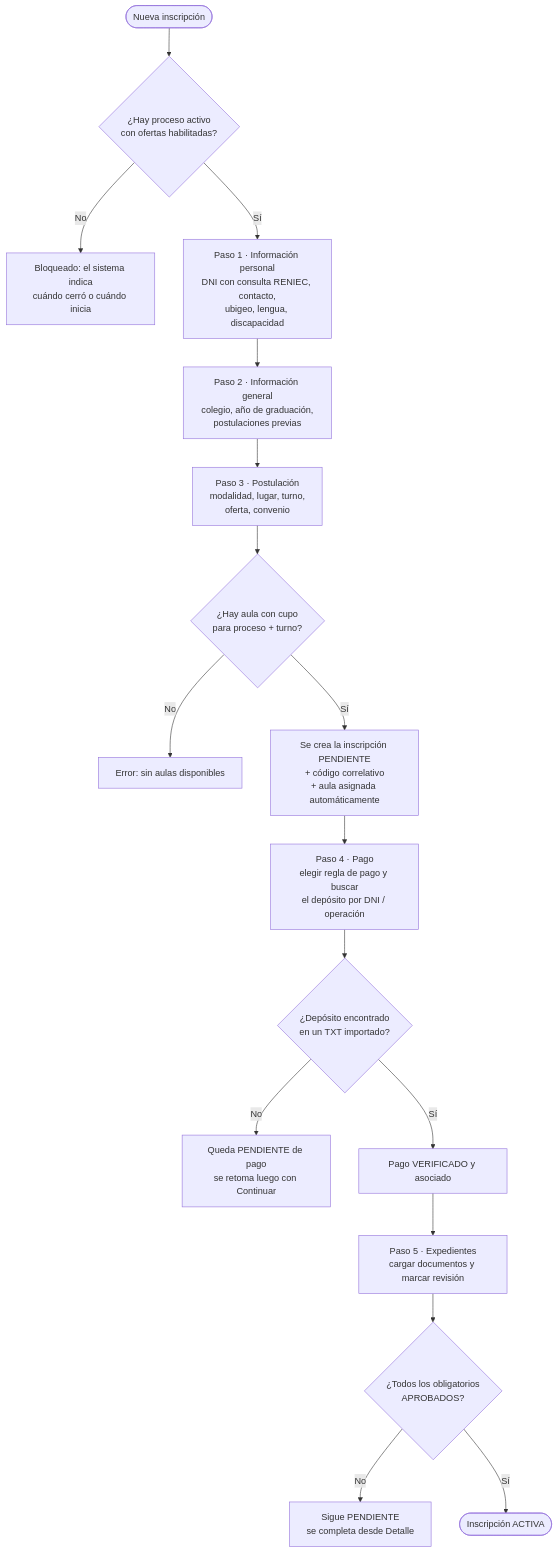
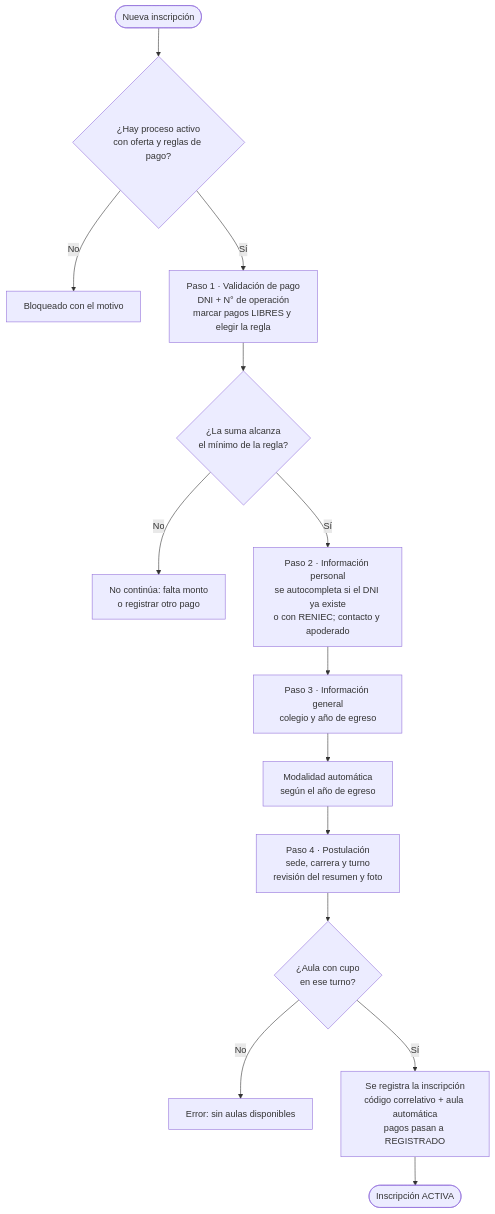
The fifth of 11 diagrams in FLUJO_PROCESOS_CEPRE.md (soujamt/cepre-unu), drawn with Mermaid before and after one commit. The commit also changed other lines of this file, not shown here.

First line of the commit message:
docs: actualizar el flujo de procesos al sistema actual

````diff
--- a/FLUJO_PROCESOS_CEPRE.md
+++ b/FLUJO_PROCESOS_CEPRE.md
@@ -159,22 +195,19 @@
 ```mermaid
 flowchart TD
-    START([Nueva inscripción]) --> P0{"¿Hay proceso activo<br/>con ofertas habilitadas?"}
-    P0 -- No --> X0["Bloqueado: el sistema indica<br/>cuándo cerró o cuándo inicia"]
+    START([Nueva inscripción]) --> P0{"¿Hay proceso activo<br/>con oferta y reglas de pago?"}
+    P0 -- No --> X0["Bloqueado con el motivo"]
     P0 -- Sí --> P1
 
-    P1["Paso 1 · Información personal<br/>DNI con consulta RENIEC, contacto,<br/>ubigeo, lengua, discapacidad"] --> P2
-    P2["Paso 2 · Información general<br/>colegio, año de graduación,<br/>postulaciones previas"] --> P3
-    P3["Paso 3 · Postulación<br/>modalidad, lugar, turno,<br/>oferta, convenio"] --> V3{"¿Hay aula con cupo<br/>para proceso + turno?"}
-    V3 -- No --> X3[Error: sin aulas disponibles]
-    V3 -- Sí --> S3["Se crea la inscripción PENDIENTE<br/>+ código correlativo<br/>+ aula asignada automáticamente"]
-    S3 --> P4
+    P1["Paso 1 · Validación de pago<br/>DNI + N° de operación<br/>marcar pagos LIBRES y elegir la regla"] --> V1{"¿La suma alcanza<br/>el mínimo de la regla?"}
+    V1 -- No --> X1["No continúa: falta monto<br/>o registrar otro pago"]
+    V1 -- Sí --> P2
 
-    P4["Paso 4 · Pago<br/>elegir regla de pago y buscar<br/>el depósito por DNI / operación"] --> V4{"¿Depósito encontrado<br/>en un TXT importado?"}
-    V4 -- No --> W4["Queda PENDIENTE de pago<br/>se retoma luego con Continuar"]
-    V4 -- Sí --> S4[Pago VERIFICADO y asociado]
-    S4 --> P5
+    P2["Paso 2 · Información personal<br/>se autocompleta si el DNI ya existe<br/>o con RENIEC; contacto y apoderado"] --> P3
+    P3["Paso 3 · Información general<br/>colegio y año de egreso"] --> M3["Modalidad automática<br/>según el año de egreso"]
+    M3 --> P4
 
-    P5["Paso 5 · Expedientes<br/>cargar documentos y marcar revisión"] --> V5{"¿Todos los obligatorios<br/>APROBADOS?"}
-    V5 -- No --> W5["Sigue PENDIENTE<br/>se completa desde Detalle"]
-    V5 -- Sí --> OK([Inscripción ACTIVA])
+    P4["Paso 4 · Postulación<br/>sede, carrera y turno<br/>revisión del resumen y foto"] --> V4{"¿Aula con cupo<br/>en ese turno?"}
+    V4 -- No --> X4[Error: sin aulas disponibles]
+    V4 -- Sí --> S4["Se registra la inscripción<br/>código correlativo + aula automática<br/>pagos pasan a REGISTRADO"]
+    S4 --> OK([Inscripción ACTIVA])
 ```
````
